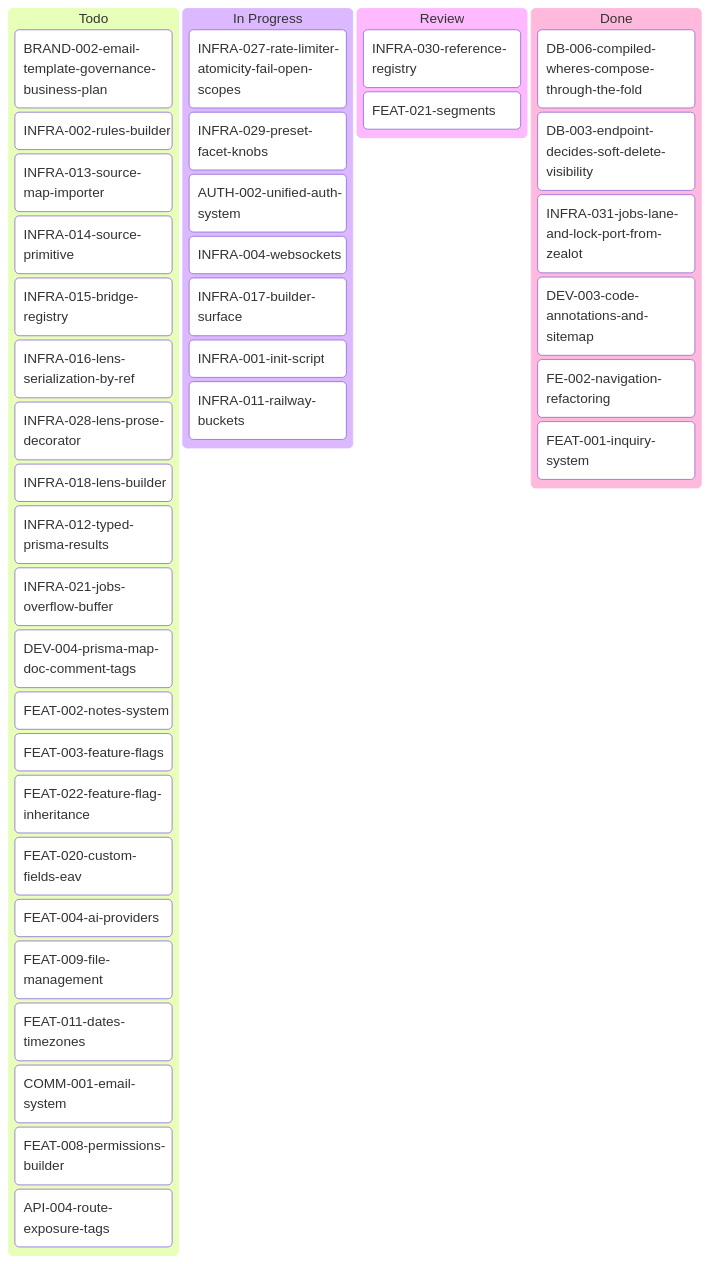
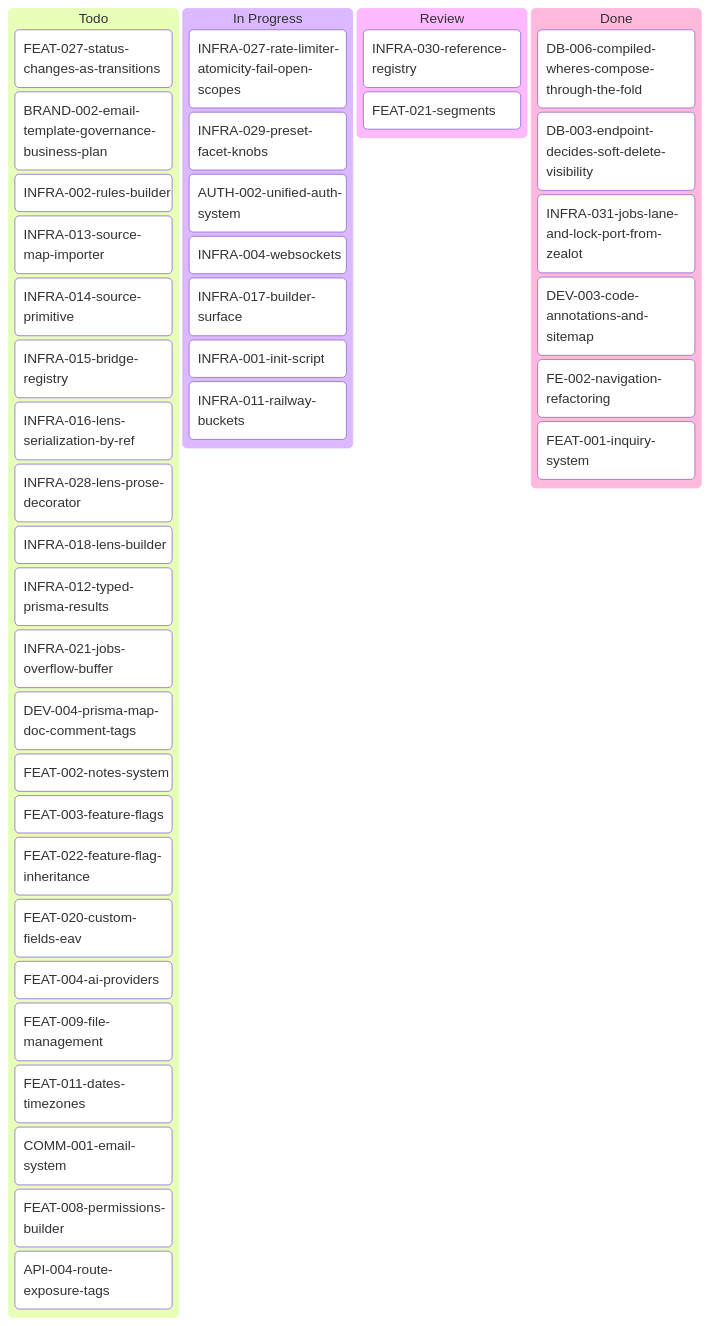
Before and after one commit to inixiative/template: the diagram in tickets/kanban-aron.md, drawn with Mermaid. The commit also changed other lines of this file and 3 other files, not shown here.

Commit message:
Tickets: FEAT-027 status and role changes as transitions, FEAT-028 inquiry lifecycle as transitions

````diff
--- a/tickets/kanban-aron.md
+++ b/tickets/kanban-aron.md
@@ -3,48 +3,49 @@
 ```mermaid
 ---
 config:
   kanban:
     ticketBaseUrl: 'https://github.com/yourorg/template/blob/main/tickets/#TICKET#'
 ---
 kanban
   Todo
+    FEAT-027-status-changes-as-transitions
     BRAND-002-email-template-governance-business-plan
     INFRA-002-rules-builder
     INFRA-013-source-map-importer
     INFRA-014-source-primitive
     INFRA-015-bridge-registry
     INFRA-016-lens-serialization-by-ref
     INFRA-028-lens-prose-decorator
     INFRA-018-lens-builder
     INFRA-012-typed-prisma-results
     INFRA-021-jobs-overflow-buffer
     DEV-004-prisma-map-doc-comment-tags
     FEAT-002-notes-system
     FEAT-003-feature-flags
     FEAT-022-feature-flag-inheritance
     FEAT-020-custom-fields-eav
     FEAT-004-ai-providers
     FEAT-009-file-management
     FEAT-011-dates-timezones
     COMM-001-email-system
     FEAT-008-permissions-builder
     API-004-route-exposure-tags
   In Progress
     INFRA-027-rate-limiter-atomicity-fail-open-scopes
     INFRA-029-preset-facet-knobs
     AUTH-002-unified-auth-system
     INFRA-004-websockets
     INFRA-017-builder-surface
     INFRA-001-init-script
     INFRA-011-railway-buckets
   Review
     INFRA-030-reference-registry
     FEAT-021-segments
   Done
     DB-006-compiled-wheres-compose-through-the-fold
     DB-003-endpoint-decides-soft-delete-visibility
     INFRA-031-jobs-lane-and-lock-port-from-zealot
     DEV-003-code-annotations-and-sitemap
     FE-002-navigation-refactoring
     FEAT-001-inquiry-system
 ```
````
